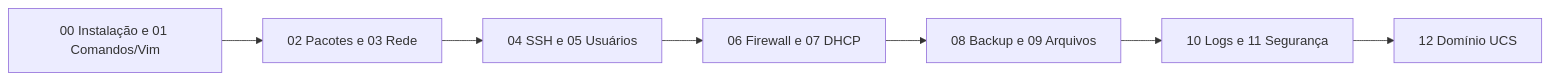
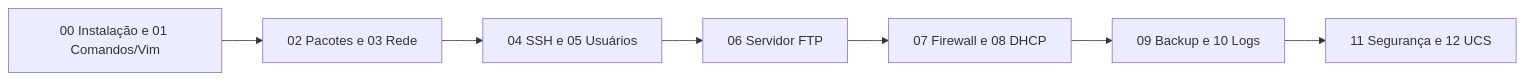
One commit to Redes-de-computadores/servidores changed the diagram in README.md. Above: the diagram before and after it, drawn with Mermaid. The commit also changed other lines of this file and 11 other files, not shown here.

Commit message:
feat: Adiciona capitulo 06 Servidor FTP e reorganiza numeracao dos capitulos

````diff
--- a/README.md
+++ b/README.md
@@ -32,9 +32,9 @@
 ```mermaid
 flowchart LR
     A[00 Instalação e 01 Comandos/Vim] --> B[02 Pacotes e 03 Rede]
     B --> C[04 SSH e 05 Usuários]
-    C --> D[06 Firewall e 07 DHCP]
-    D --> E[08 Backup e 09 Arquivos]
-    E --> F[10 Logs e 11 Segurança]
-    F --> G[12 Domínio UCS]
+    C --> D[06 Servidor FTP]
+    D --> E[07 Firewall e 08 DHCP]
+    E --> F[09 Backup e 10 Logs]
+    F --> G[11 Segurança e 12 UCS]
 ```
````
